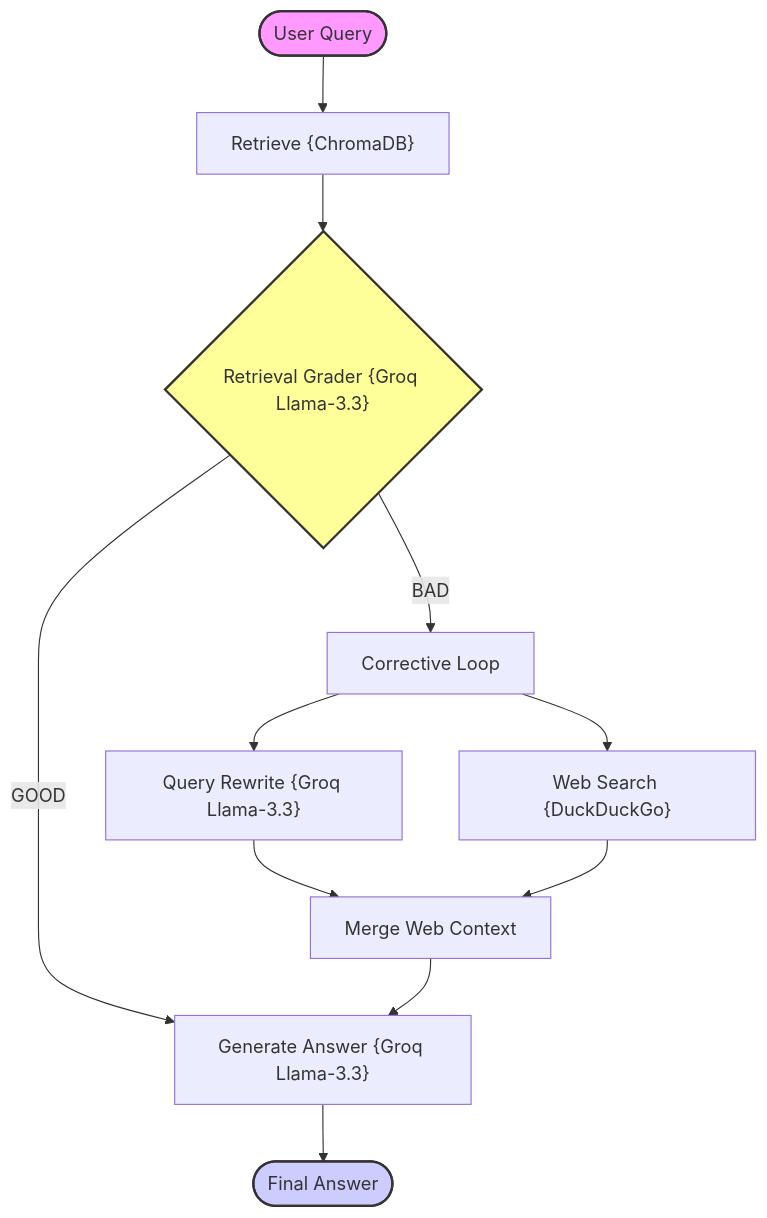
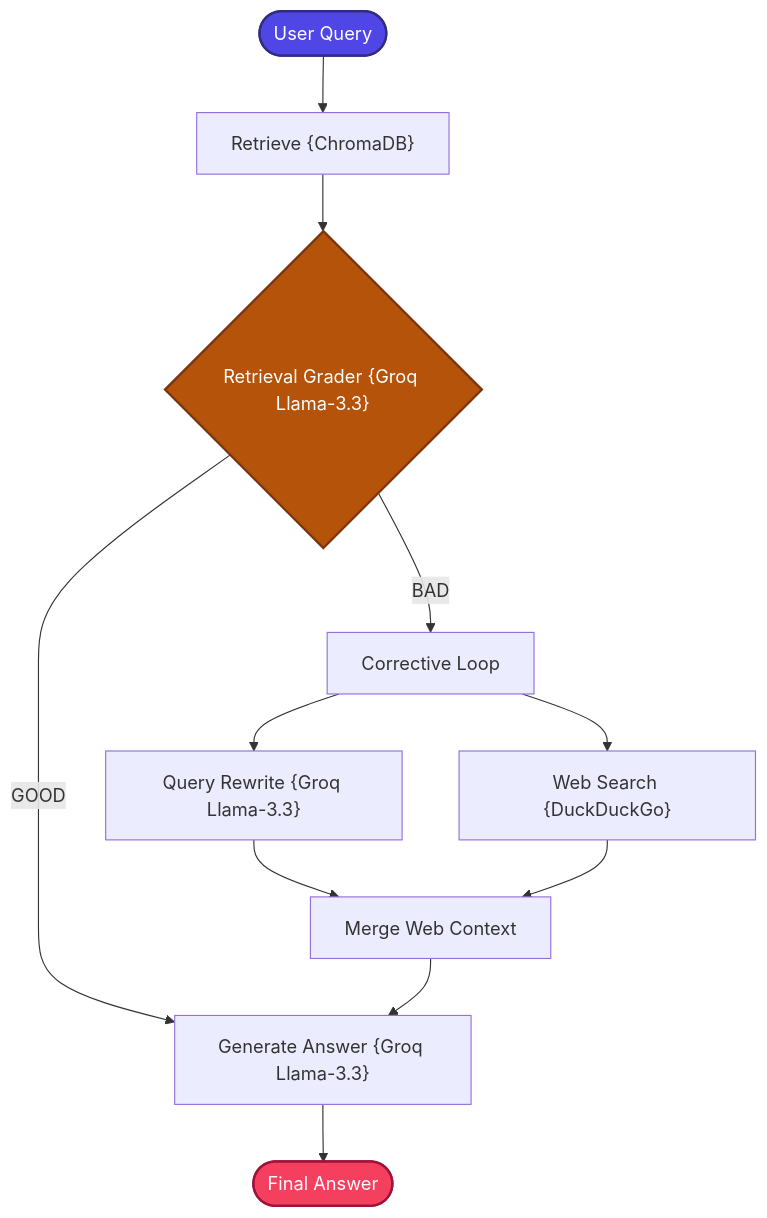
The diagram in 15_Corrective_Feedback_RAG/README.md (mohd-faizy/RAG-Design-Patterns), drawn with Mermaid before and after one commit. The commit also changed 18 other files, not shown here.

````diff
--- a/15_Corrective_Feedback_RAG/README.md
+++ b/15_Corrective_Feedback_RAG/README.md
@@ -9,21 +9,21 @@
 ```mermaid
 graph TD
     Query([User Query]) --> Retrieve["Retrieve {ChromaDB}"]
     Retrieve --> Grader{"Retrieval Grader {Groq Llama-3.3}"}
     
     Grader -- GOOD --> Generate["Generate Answer {Groq Llama-3.3}"]
     Grader -- BAD --> Loop["Corrective Loop"]
     
     Loop --> Rewrite["Query Rewrite {Groq Llama-3.3}"]
     Loop --> WebSearch["Web Search {DuckDuckGo}"]
     
     Rewrite --> Merge["Merge Web Context"]
     WebSearch --> Merge
     
     Merge --> Generate
     Generate --> FinalAnswer([Final Answer])
 
-    style Query fill:#f9f,stroke:#333,stroke-width:2px
-    style FinalAnswer fill:#ccf,stroke:#333,stroke-width:2px
-    style Grader fill:#ff9,stroke:#333,stroke-width:2px
+    style Query fill:#4F46E5,stroke:#312E81,stroke-width:2px,color:#fff
+    style FinalAnswer fill:#F43F5E,stroke:#9F1239,stroke-width:2px,color:#fff
+    style Grader fill:#B45309,stroke:#78350F,stroke-width:2px,color:#fff
 ```
````
